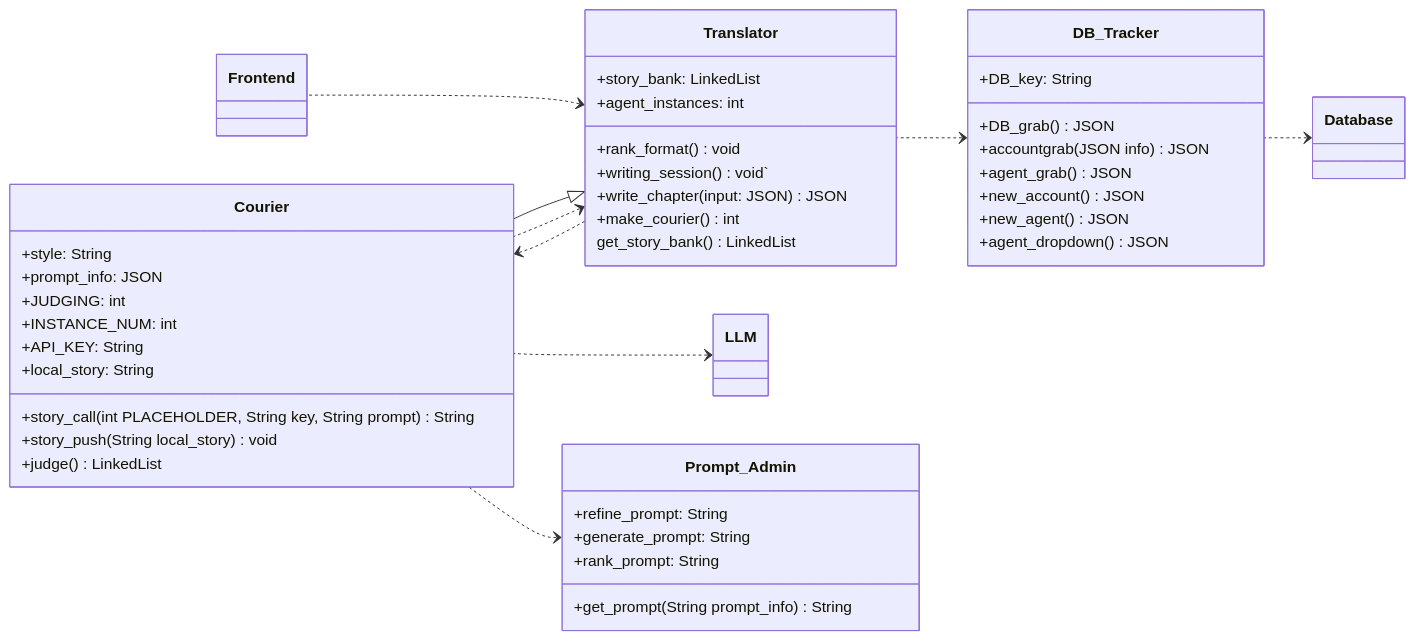
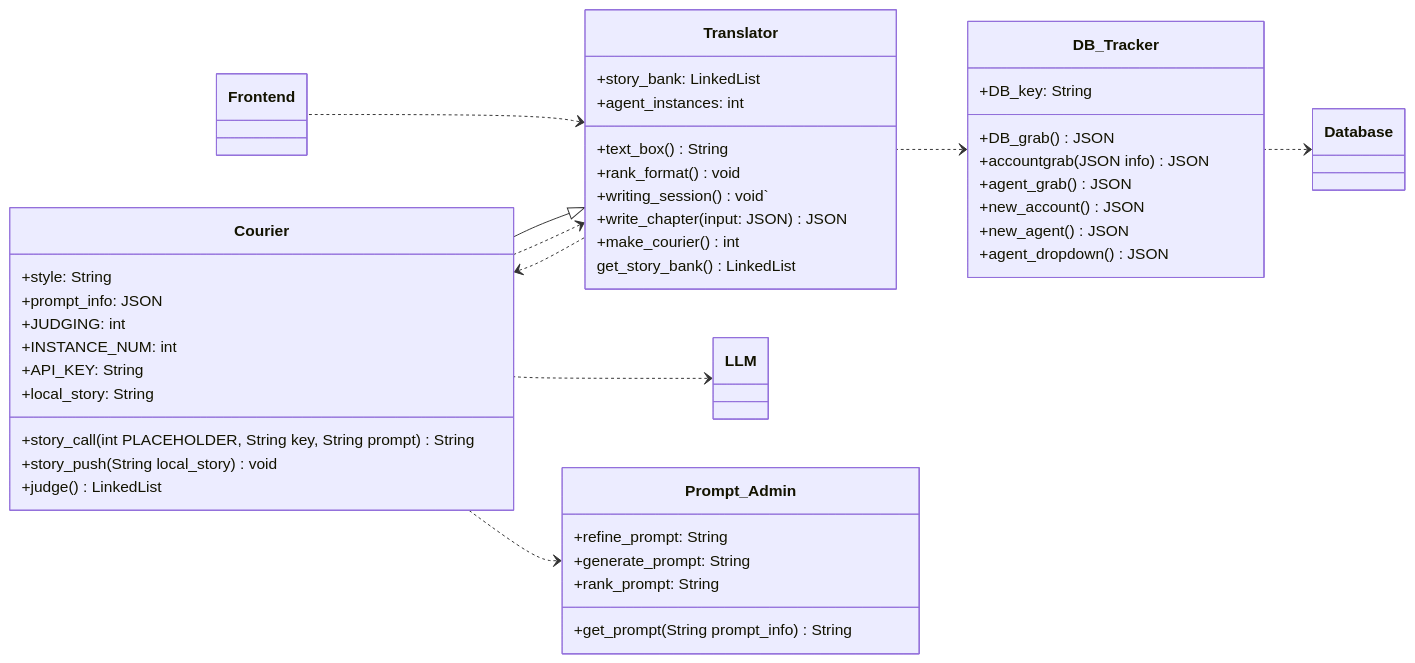
The second of 2 diagrams in documentation/docs/system-architecture/class-diagrams.md (Capstone-Projects-2025-Spring/project-003-story-builder-team-1), drawn with Mermaid before and after one commit. The commit also changed other lines of this file, not shown here.

````diff
--- a/documentation/docs/system-architecture/class-diagrams.md
+++ b/documentation/docs/system-architecture/class-diagrams.md
@@ -361,56 +361,57 @@
 ```mermaid
 classDiagram
 direction RL
 
 Translator <.. Frontend
 DB_Tracker <.. Translator
 Database <.. DB_Tracker
 Courier <.. Translator
 Translator <|-- Courier
 Translator <.. Courier
 LLM <.. Courier
 Prompt_Admin <.. Courier
 
 class Translator {
    +story_bank: LinkedList
    +agent_instances: int
 
+   +text_box() String
    +rank_format() void
    +writing_session() void`
    +write_chapter(input: JSON) JSON
    +make_courier() int
    get_story_bank() LinkedList
 }
 
 class DB_Tracker {
    +DB_key: String
 
    +DB_grab() JSON
    +accountgrab(JSON info) JSON
    +agent_grab() JSON
    +new_account() JSON
    +new_agent() JSON
    +agent_dropdown() JSON
 }
 
 class Courier {
    +style: String
    +prompt_info: JSON
    +JUDGING: int
    +INSTANCE_NUM: int
    +API_KEY: String
    +local_story: String
 
    +story_call(int PLACEHOLDER, String key, String prompt) String
    +story_push(String local_story) void
    +judge() LinkedList
 }
 
 class Prompt_Admin {
    +refine_prompt: String
    +generate_prompt: String
    +rank_prompt: String
 
    +get_prompt(String prompt_info) String
 }
 ```
````
